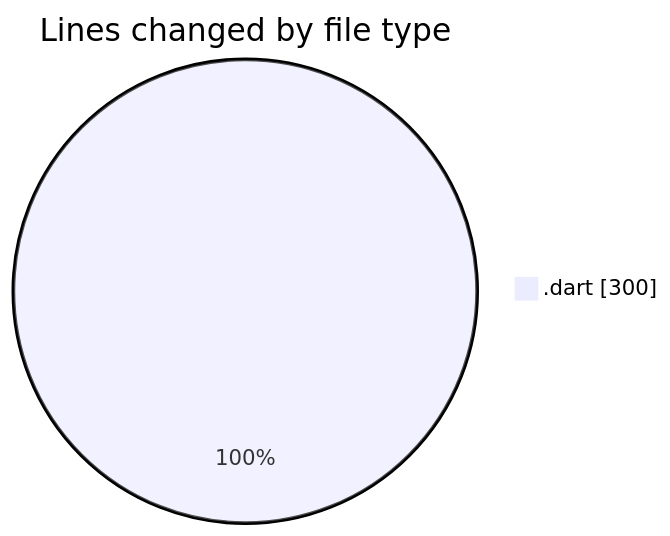
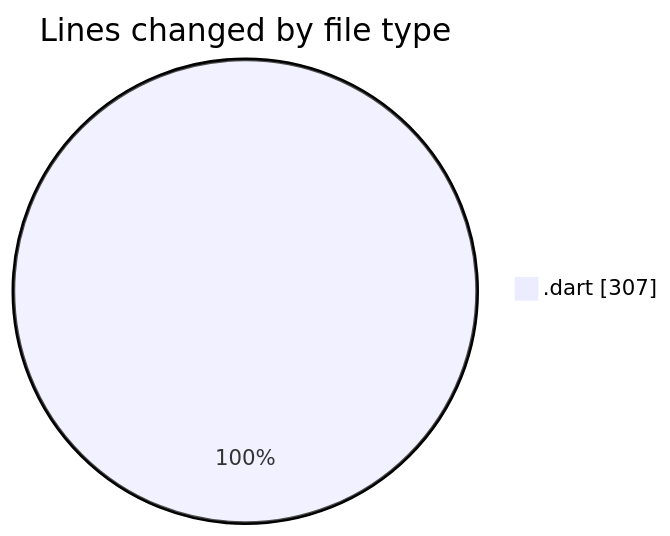
One commit to donsfak/code-tracking changed the first of 2 diagrams in 2025-01-24/trackers_app/README.md. Above: the diagram before and after it, drawn with Mermaid. The commit also changed other lines of this file and 1 other file, not shown here.

````diff
--- a/2025-01-24/trackers_app/README.md
+++ b/2025-01-24/trackers_app/README.md
@@ -22,5 +22,5 @@
 ```mermaid
 pie showData
 title Lines changed by file type
-".dart" : 300
+".dart" : 307
 ```
````
